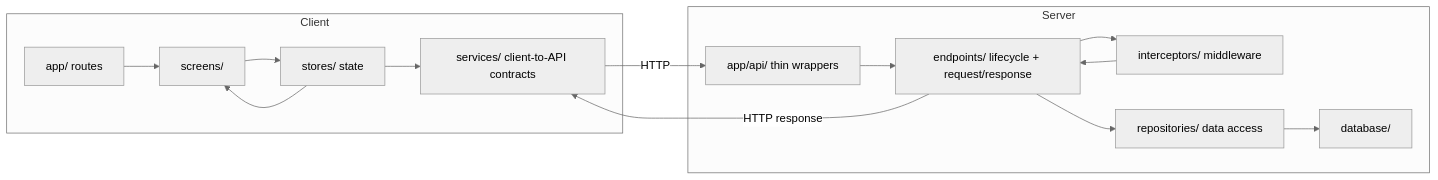
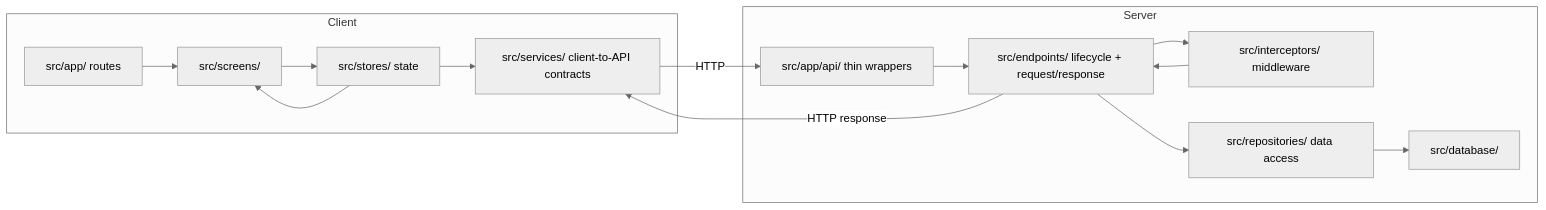
One commit to yuriusuonly/paku-paku changed the third of 4 diagrams in CONTRIBUTING.md. Above: the diagram before and after it, drawn with Mermaid (neutral theme). The commit also changed other lines of this file and 357 other files, not shown here.

````diff
--- a/CONTRIBUTING.md
+++ b/CONTRIBUTING.md
@@ -178,18 +178,18 @@
 ```mermaid
 flowchart LR
   subgraph Client
-    R["app/ routes"] --> SC["screens/"]
-    SC --> ST["stores/ state"]
-    ST --> SV["services/ client-to-API contracts"]
+    R["src/app/ routes"] --> SC["src/screens/"]
+    SC --> ST["src/stores/ state"]
+    ST --> SV["src/services/ client-to-API contracts"]
   end
-  SV -->|HTTP| API["app/api/ thin wrappers"]
+  SV -->|HTTP| API["src/app/api/ thin wrappers"]
   subgraph Server
-    API --> EP["endpoints/ lifecycle + request/response"]
-    EP --> IC["interceptors/ middleware"]
+    API --> EP["src/endpoints/ lifecycle + request/response"]
+    EP --> IC["src/interceptors/ middleware"]
     IC --> EP
-    EP --> RP["repositories/ data access"]
-    RP --> DB["database/"]
+    EP --> RP["src/repositories/ data access"]
+    RP --> DB["src/database/"]
   end
   EP -->|HTTP response| SV
   ST --> SC
 ```
````
